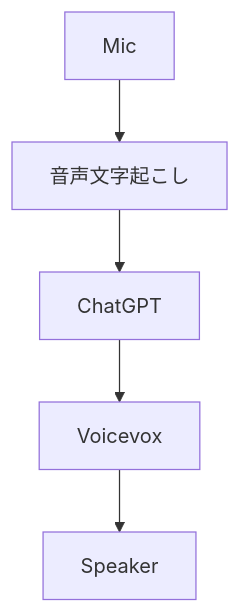
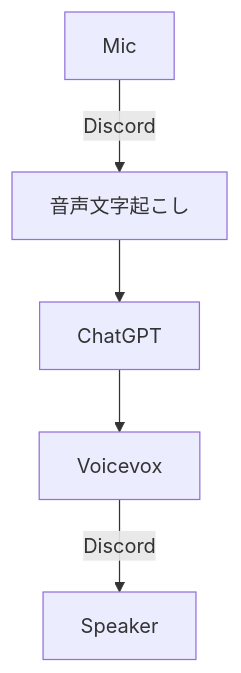
One commit to ykkaq/gptVoicebox changed the second of 2 diagrams in README.md. Above: the diagram before and after it, drawn with Mermaid. The commit also changed other lines of this file and 1708 other files, not shown here.

````diff
--- a/README.md
+++ b/README.md
@@ -19,7 +24,7 @@
 ```mermaid
 graph TD;
-  Mic --> 音声文字起こし;
+  Mic --Discord--> 音声文字起こし;
   音声文字起こし --> ChatGPT;
   ChatGPT --> Voicevox;
-  Voicevox --> Speaker;
+  Voicevox --Discord--> Speaker;
 ```
````
